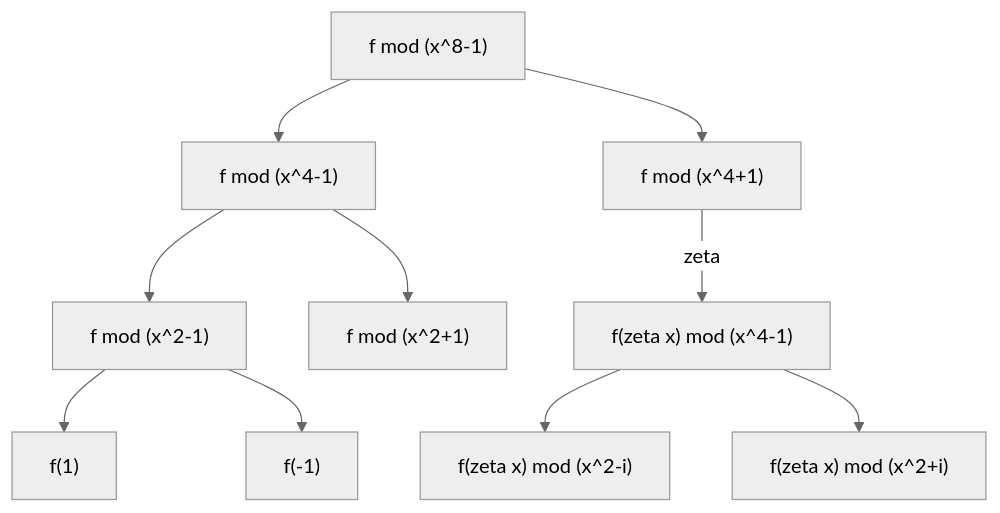
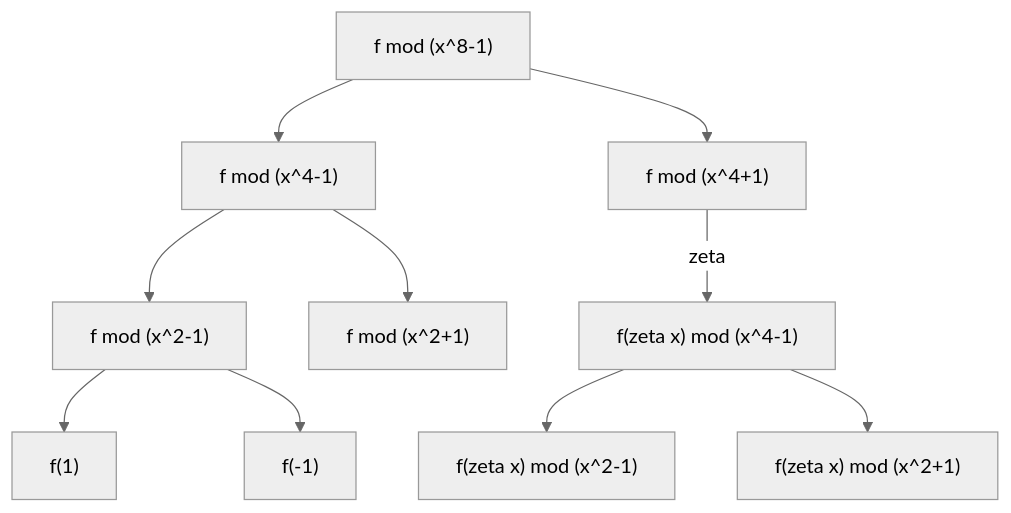
Before and after one commit to hly1204/hly1204.github.io: the second of 2 diagrams in docs/blog/4-10-2021-FFT.md, drawn with Mermaid (neutral theme). The commit also changed other lines of this file, not shown here.

````diff
--- a/docs/blog/4-10-2021-FFT.md
+++ b/docs/blog/4-10-2021-FFT.md
@@ -49,8 +49,8 @@
     ```mermaid
     graph TD
         A["f mod (x^8-1)"]-->A_1["f mod (x^4-1)"] & A_9["f mod (x^4+1)"]
         A_9-->|"zeta"| A_2["f(zeta x) mod (x^4-1)"]
         A_1-->A_3["f mod (x^2-1)"] & A_4["f mod (x^2+1)"]
-        A_2-->A_5["f(zeta x) mod (x^2-i)"] & A_6["f(zeta x) mod (x^2+i)"]
+        A_2-->A_5["f(zeta x) mod (x^2-1)"] & A_6["f(zeta x) mod (x^2+1)"]
         A_3-->A_7["f(1)"] & A_8["f(-1)"]
     ```
````
